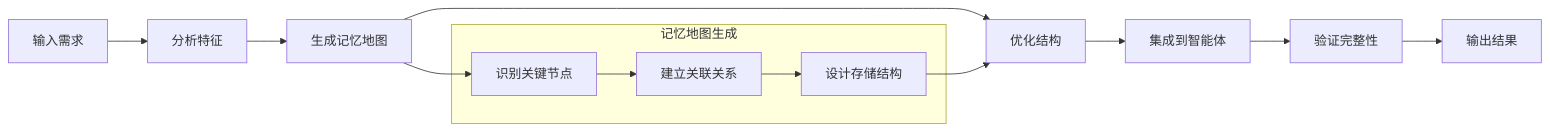
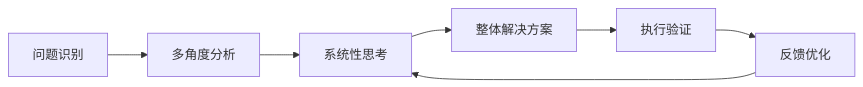
Before and after one commit to jazve/OPUS-DOC: the second of 2 diagrams in doc/01-概述/02-系统架构.md, drawn with Mermaid. The commit also changed other lines of this file and 3 other files, not shown here.

````diff
--- a/doc/01-概述/02-系统架构.md
+++ b/doc/01-概述/02-系统架构.md
@@ -242,20 +168,9 @@
 ```mermaid
-flowchart LR
-    A[输入需求] --> B[分析特征]
-    B --> C[生成记忆地图]
-    C --> D[优化结构]
-    D --> E[集成到智能体]
-    E --> F[验证完整性]
-    F --> G[输出结果]
-    
-    subgraph "记忆地图生成"
-        C1[识别关键节点]
-        C2[建立关联关系]
-        C3[设计存储结构]
-    end
-    
-    C --> C1
-    C1 --> C2
-    C2 --> C3
-    C3 --> D
+graph LR
+    A[问题识别] --> B[多角度分析]
+    B --> C[系统性思考]
+    C --> D[整体解决方案]
+    D --> E[执行验证]
+    E --> F[反馈优化]
+    F --> C
 ```
````
